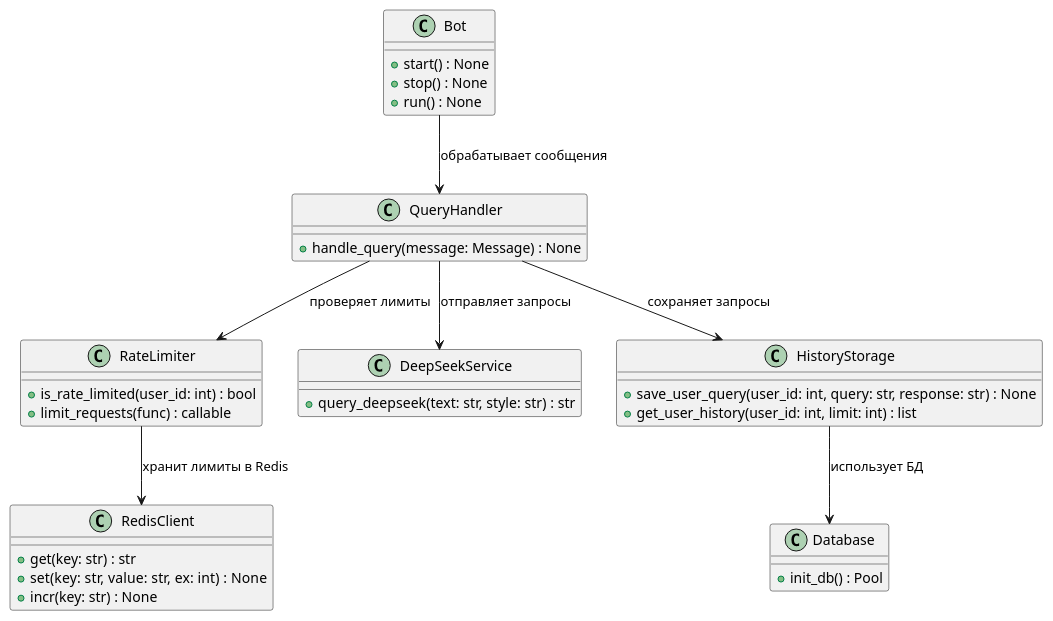
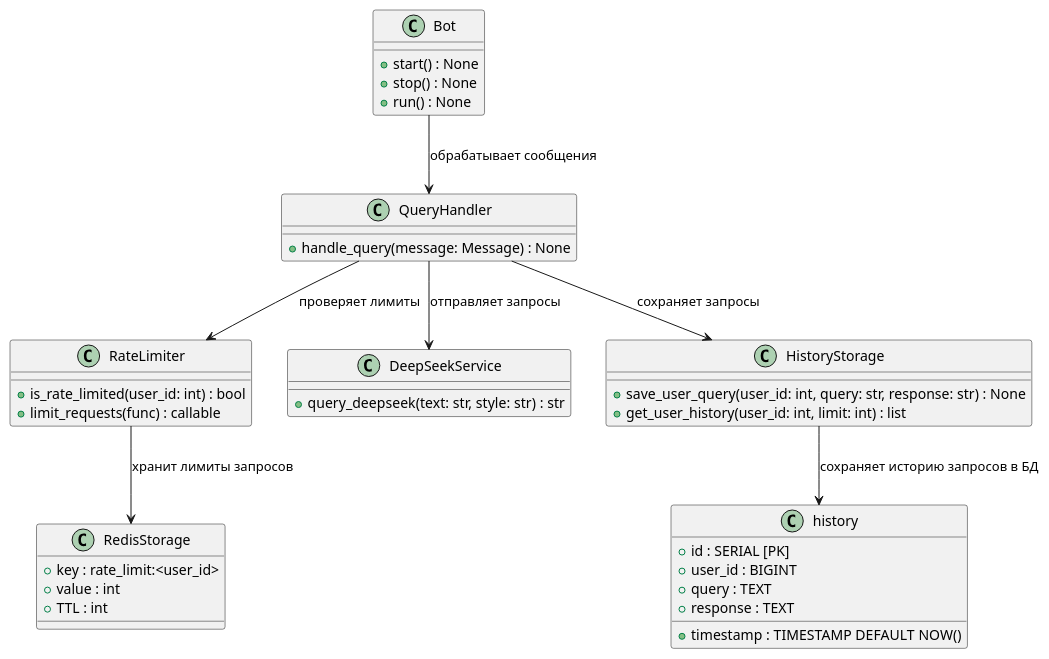
The diagram in class_diagram.puml (Xyxri-Myxri/deepseek-bot), drawn with PlantUML before and after one commit.

Commit message:
fix: diagram db entities

```diff
--- a/class_diagram.puml
+++ b/class_diagram.puml
@@ -1,47 +1,54 @@
-@startuml Deepseek Bot
+@startuml
 
 ' ====== Основные классы бота ======
 class Bot {
     + start() : None
     + stop() : None
     + run() : None
 }
 
 class QueryHandler {
     + handle_query(message: Message) : None
 }
 
 class RateLimiter {
     + is_rate_limited(user_id: int) : bool
     + limit_requests(func) : callable
 }
 
 class DeepSeekService {
     + query_deepseek(text: str, style: str) : str
 }
 
 class HistoryStorage {
     + save_user_query(user_id: int, query: str, response: str) : None
     + get_user_history(user_id: int, limit: int) : list
 }
 
-' ====== Инфраструктура (БД и Redis) ======
-class Database {
-    + init_db() : Pool
+' ====== Cтруктуры баз данных ======
+class history {
+    + id : SERIAL [PK]
+    + user_id : BIGINT
+    + query : TEXT
+    + response : TEXT
+    + timestamp : TIMESTAMP DEFAULT NOW()
 }
 
-class RedisClient {
-    + get(key: str) : str
-    + set(key: str, value: str, ex: int) : None
-    + incr(key: str) : None
+' ====== Redis (Rate Limits) ======
+class RedisStorage {
+    + key : rate_limit:<user_id>
+    + value : int
+    + TTL : int
 }
 
 ' ====== Взаимосвязи ======
 Bot --> QueryHandler : обрабатывает сообщения
 QueryHandler --> DeepSeekService : отправляет запросы
 QueryHandler --> HistoryStorage : сохраняет запросы
 QueryHandler --> RateLimiter : проверяет лимиты
-HistoryStorage --> Database : использует БД
-RateLimiter --> RedisClient : хранит лимиты в Redis
+
+' ====== Связи с БД и Redis ======
+HistoryStorage --> history : сохраняет историю запросов в БД
+RateLimiter --> RedisStorage : хранит лимиты запросов
 
 @enduml
```
